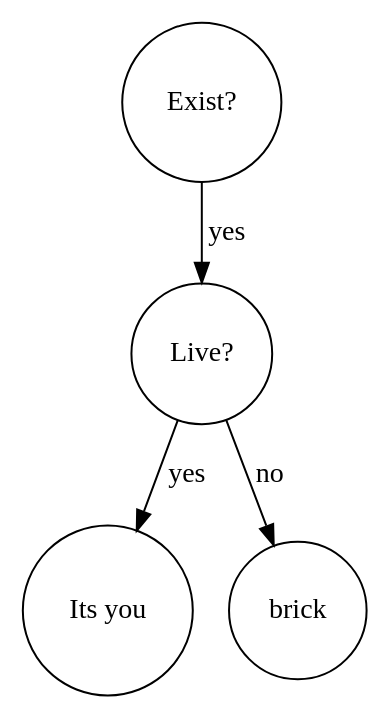
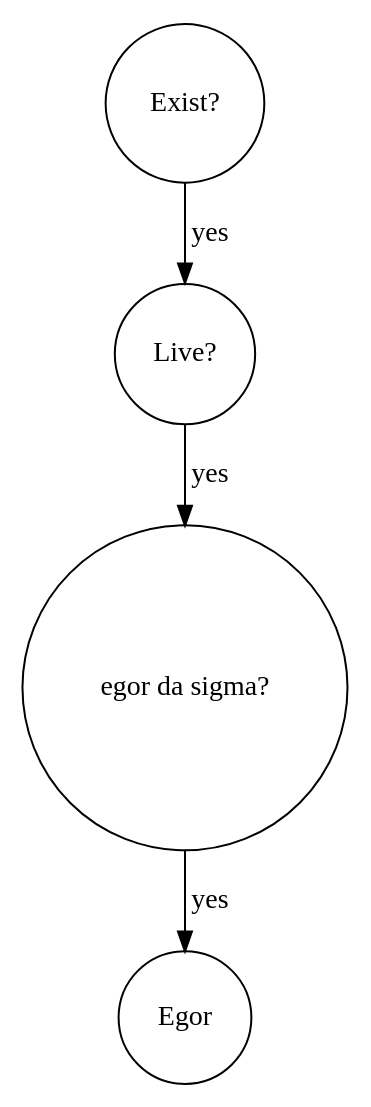
Before and after one commit to fl4cko11/Huawei_MIPT: the diagram in tree/akinator/bst_visual_log/bst_3.dot, drawn with Graphviz. The commit also changed 17 other files, not shown here.

```diff
--- a/tree/akinator/bst_visual_log/bst_3.dot
+++ b/tree/akinator/bst_visual_log/bst_3.dot
@@ -1,6 +1,6 @@
 digraph BST {
     node [shape=circle];
     "Exist?" -> "Live?" [label="yes"];
-    "Live?" -> "Its you" [label="yes"];
-    "Live?" -> "brick" [label="no"];
+    "Live?" -> "egor da sigma?" [label="yes"];
+    "egor da sigma?" -> "Egor" [label="yes"];
 }
```
